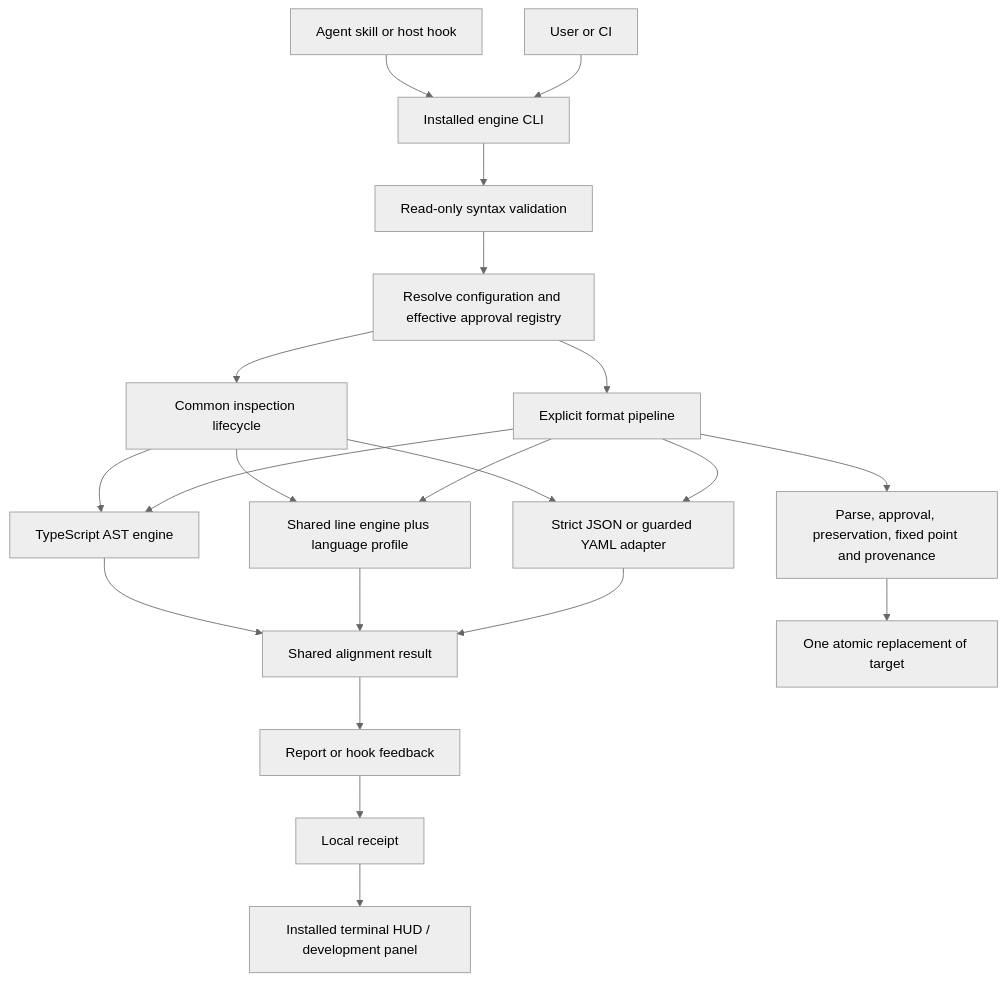
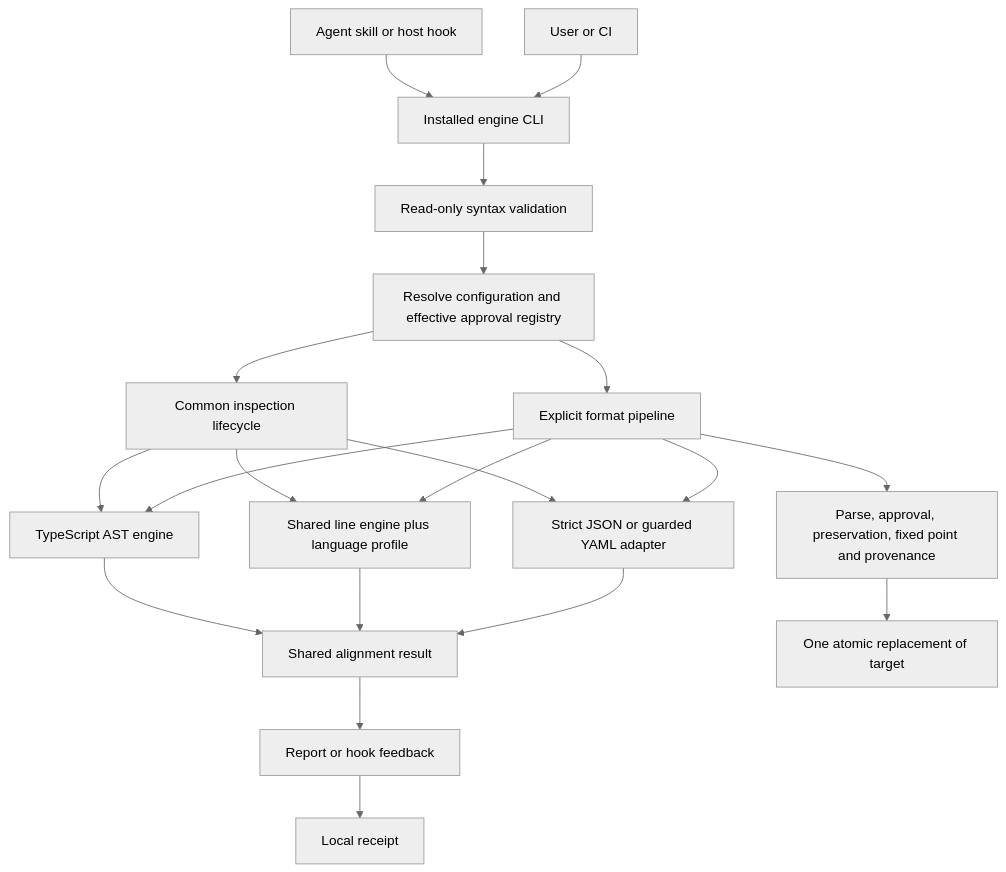
One commit to Woo-JongHo/boxbox changed the diagram in docs/development/architecture.md. Above: the diagram before and after it, drawn with Mermaid (neutral theme). The commit also changed other lines of this file and 41 other files, not shown here.

First line of the commit message:
Remove the opt-in terminal HUD

````diff
--- a/docs/development/architecture.md
+++ b/docs/development/architecture.md
@@ -35,23 +35,22 @@
 ```mermaid
 flowchart TD
     Host[Agent skill or host hook] --> CLI[Installed engine CLI]
     Human[User or CI] --> CLI
     CLI --> Syntax[Read-only syntax validation]
     Syntax --> Config[Resolve configuration and effective approval registry]
     Config --> Inspect[Common inspection lifecycle]
     Config --> Format[Explicit format pipeline]
     Inspect --> TS[TypeScript AST engine]
     Inspect --> Line[Shared line engine plus language profile]
     Inspect --> Structured[Strict JSON or guarded YAML adapter]
     Format --> TS
     Format --> Line
     Format --> Structured
     TS --> Result[Shared alignment result]
     Line --> Result
     Structured --> Result
     Format --> Gate[Parse, approval, preservation, fixed point and provenance]
     Gate --> Write[One atomic replacement of target]
     Result --> Report[Report or hook feedback]
     Report --> Receipt[Local receipt]
-    Receipt --> HUD[Installed terminal HUD / development panel]
 ```
````
